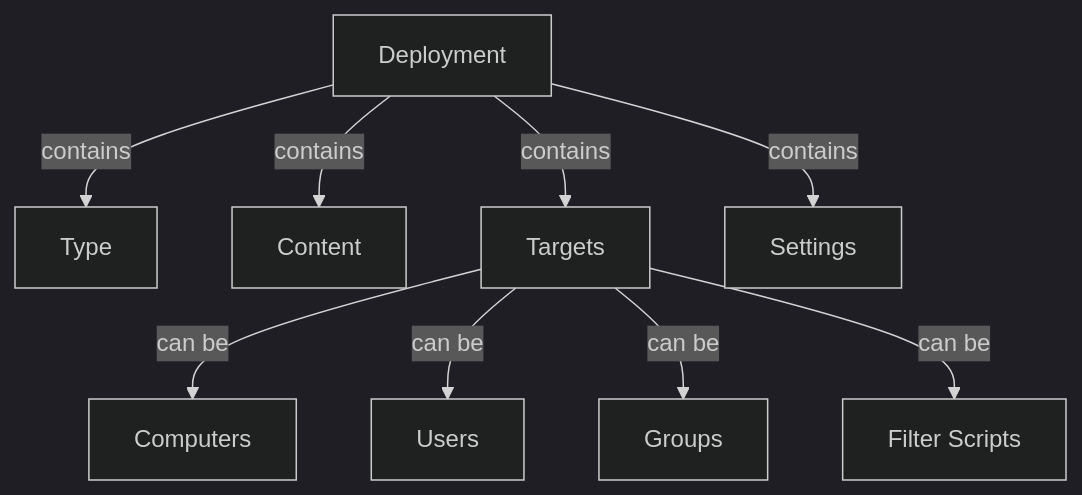
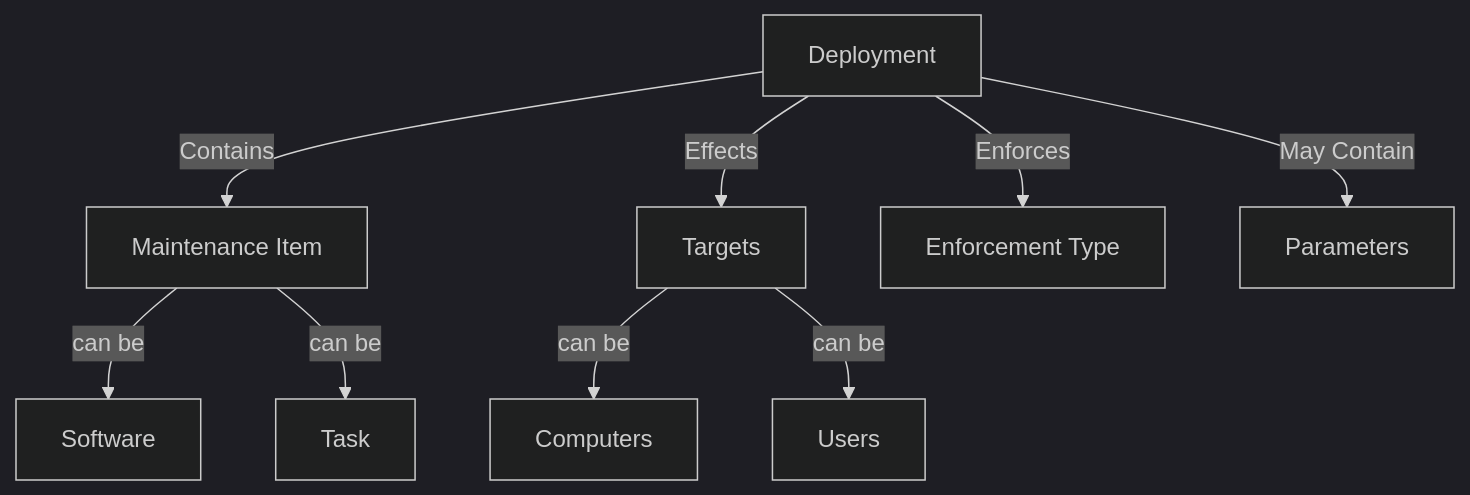
One commit to immense/immybot-documentation changed the first of 3 diagrams in Documentation/GettingStarted/core-concepts.md. Above: the diagram before and after it, drawn with Mermaid (dark theme). The commit also changed other lines of this file and 10 other files, not shown here.

````diff
--- a/Documentation/GettingStarted/core-concepts.md
+++ b/Documentation/GettingStarted/core-concepts.md
@@ -15,11 +13,12 @@
 ```mermaid
 graph TD
-    A[Deployment] -->|contains| B[Type]
-    A -->|contains| C[Content]
-    A -->|contains| D[Targets]
-    A -->|contains| E[Settings]
-    D -->|can be| F[Computers]
-    D -->|can be| G[Users]
-    D -->|can be| H[Groups]
-    D -->|can be| I[Filter Scripts]
+    A[Deployment] -->|Contains| B[Maintenance Item]
+    A -->|Effects| C[Targets]
+    A -->|Enforces| D[Enforcement Type]
+    A -->|May Contain| E[Parameters]
+    B -->|can be| F[Software]
+    B -->|can be| G[Task]
+    C -->|can be| I[Computers]
+    C -->|can be| J[Users]
+
 ```
````
